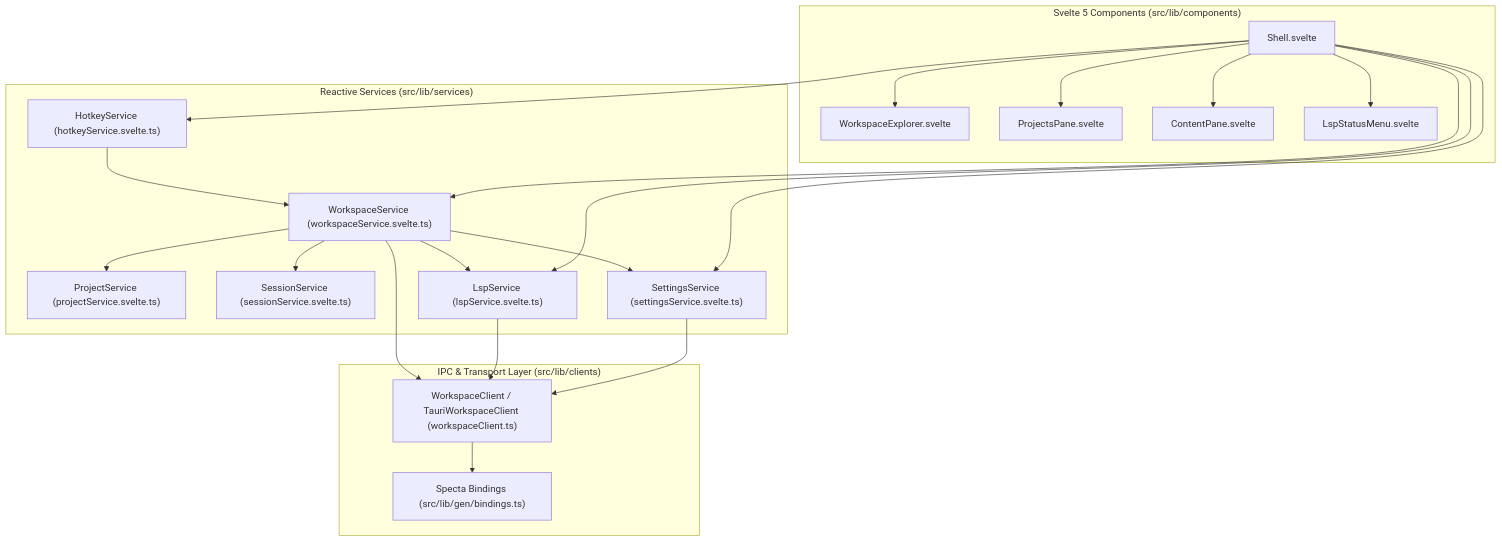
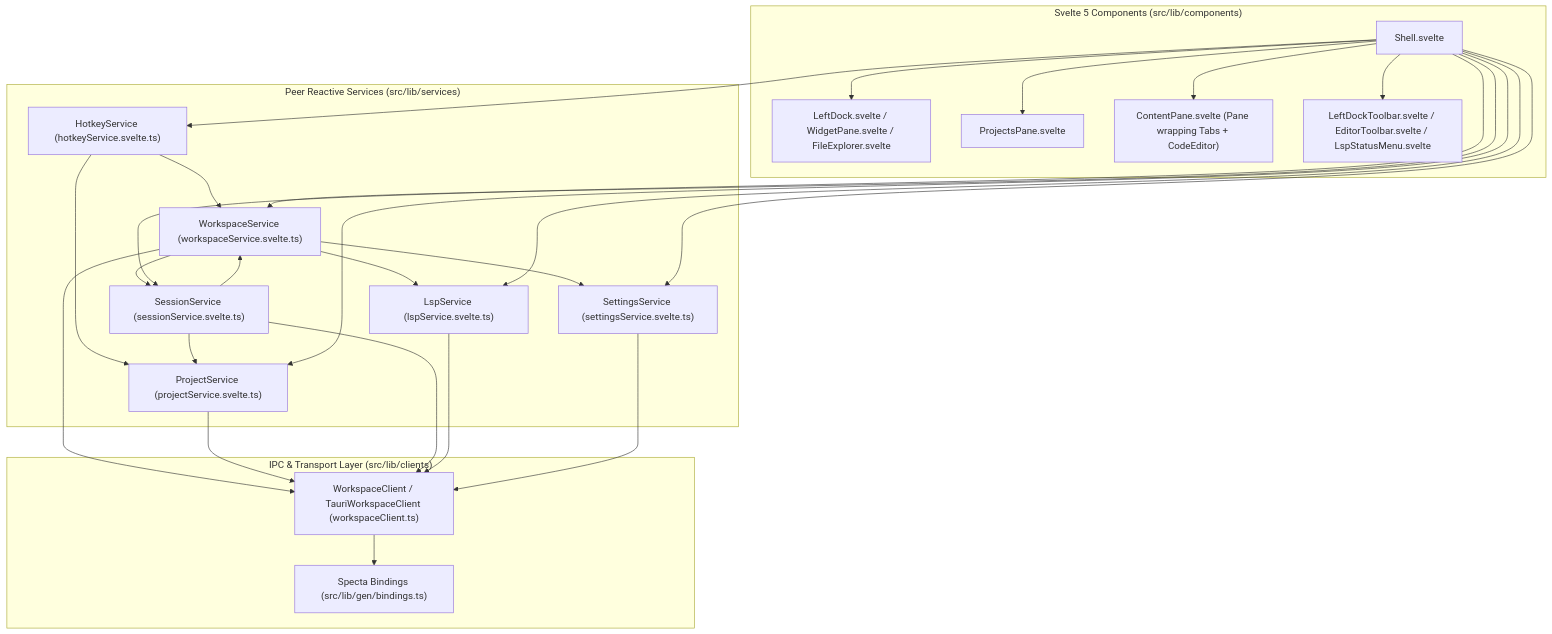
The first of 3 diagrams in docs/architecture/web/index.md (difflab-io/lgtm), drawn with Mermaid before and after one commit. The commit also changed other lines of this file and 17 other files, not shown here.

````diff
--- a/docs/architecture/web/index.md
+++ b/docs/architecture/web/index.md
@@ -43,42 +40,48 @@
 ```mermaid
 flowchart TB
     subgraph Components["Svelte 5 Components (src/lib/components)"]
         SHELL["Shell.svelte"]
-        EXPLORER["WorkspaceExplorer.svelte"]
+        DOCK["LeftDock.svelte / WidgetPane.svelte / FileExplorer.svelte"]
         PROJECTS["ProjectsPane.svelte"]
-        CONTENT["ContentPane.svelte"]
-        LSP_MENU["LspStatusMenu.svelte"]
-        SHELL --> EXPLORER
+        CONTENT["ContentPane.svelte (Pane wrapping Tabs + CodeEditor)"]
+        TOOLBARS["LeftDockToolbar.svelte / EditorToolbar.svelte / LspStatusMenu.svelte"]
+        SHELL --> DOCK
         SHELL --> PROJECTS
         SHELL --> CONTENT
-        SHELL --> LSP_MENU
+        SHELL --> TOOLBARS
     end
 
-    subgraph Services["Reactive Services (src/lib/services)"]
+    subgraph Services["Peer Reactive Services (src/lib/services)"]
         HOTKEY_SVC["HotkeyService (hotkeyService.svelte.ts)"]
         WS_SVC["WorkspaceService (workspaceService.svelte.ts)"]
         PROJ_SVC["ProjectService (projectService.svelte.ts)"]
         SESS_SVC["SessionService (sessionService.svelte.ts)"]
         LSP_SVC["LspService (lspService.svelte.ts)"]
         SET_SVC["SettingsService (settingsService.svelte.ts)"]
         HOTKEY_SVC --> WS_SVC
-        WS_SVC --> PROJ_SVC
+        HOTKEY_SVC --> PROJ_SVC
+        SESS_SVC --> PROJ_SVC
+        SESS_SVC --> WS_SVC
         WS_SVC --> SESS_SVC
         WS_SVC --> LSP_SVC
         WS_SVC --> SET_SVC
     end
 
     subgraph Client["IPC & Transport Layer (src/lib/clients)"]
         WS_CLIENT["WorkspaceClient / TauriWorkspaceClient (workspaceClient.ts)"]
         BINDINGS["Specta Bindings (src/lib/gen/bindings.ts)"]
         WS_CLIENT --> BINDINGS
     end
 
     SHELL --> HOTKEY_SVC
     SHELL --> WS_SVC
+    SHELL --> PROJ_SVC
+    SHELL --> SESS_SVC
     SHELL --> LSP_SVC
     SHELL --> SET_SVC
     WS_SVC --> WS_CLIENT
+    PROJ_SVC --> WS_CLIENT
+    SESS_SVC --> WS_CLIENT
     LSP_SVC --> WS_CLIENT
     SET_SVC --> WS_CLIENT
 ```
````
